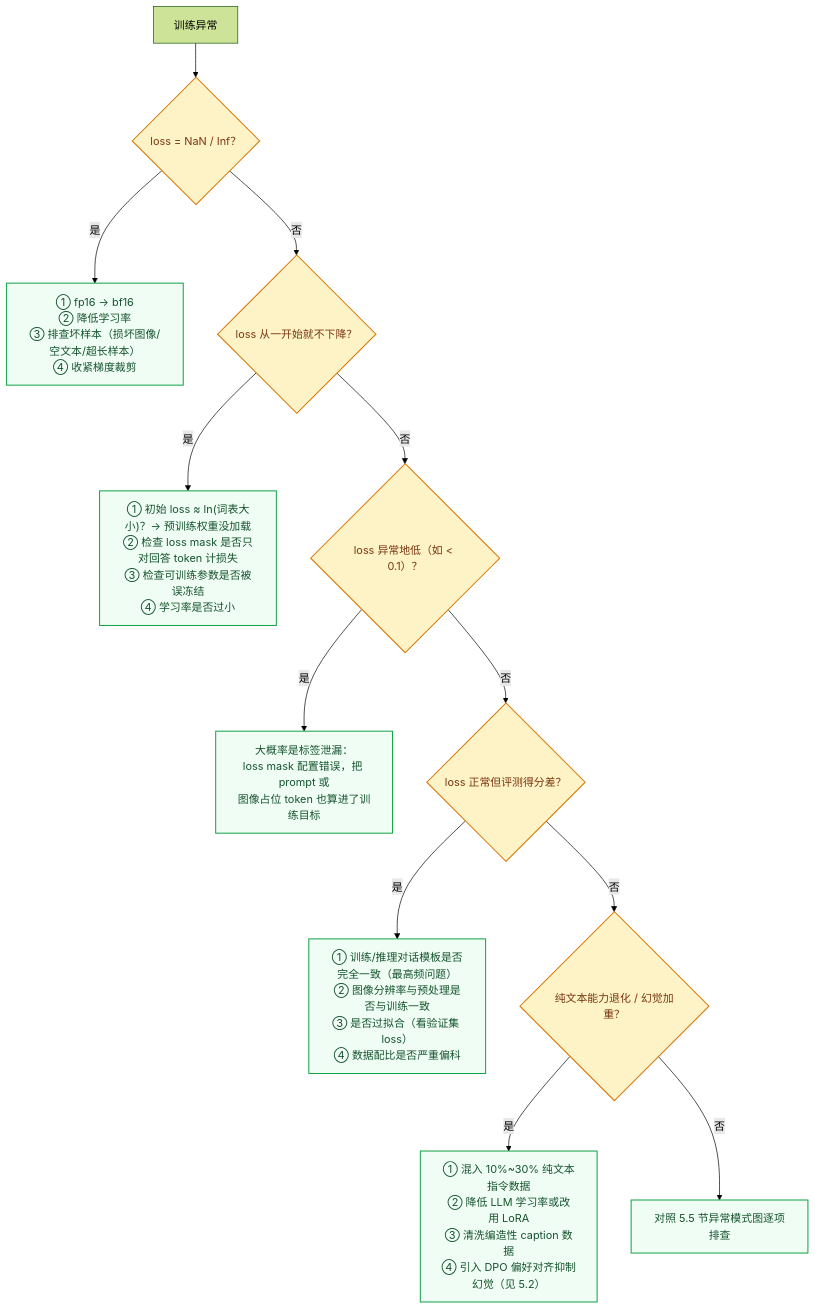
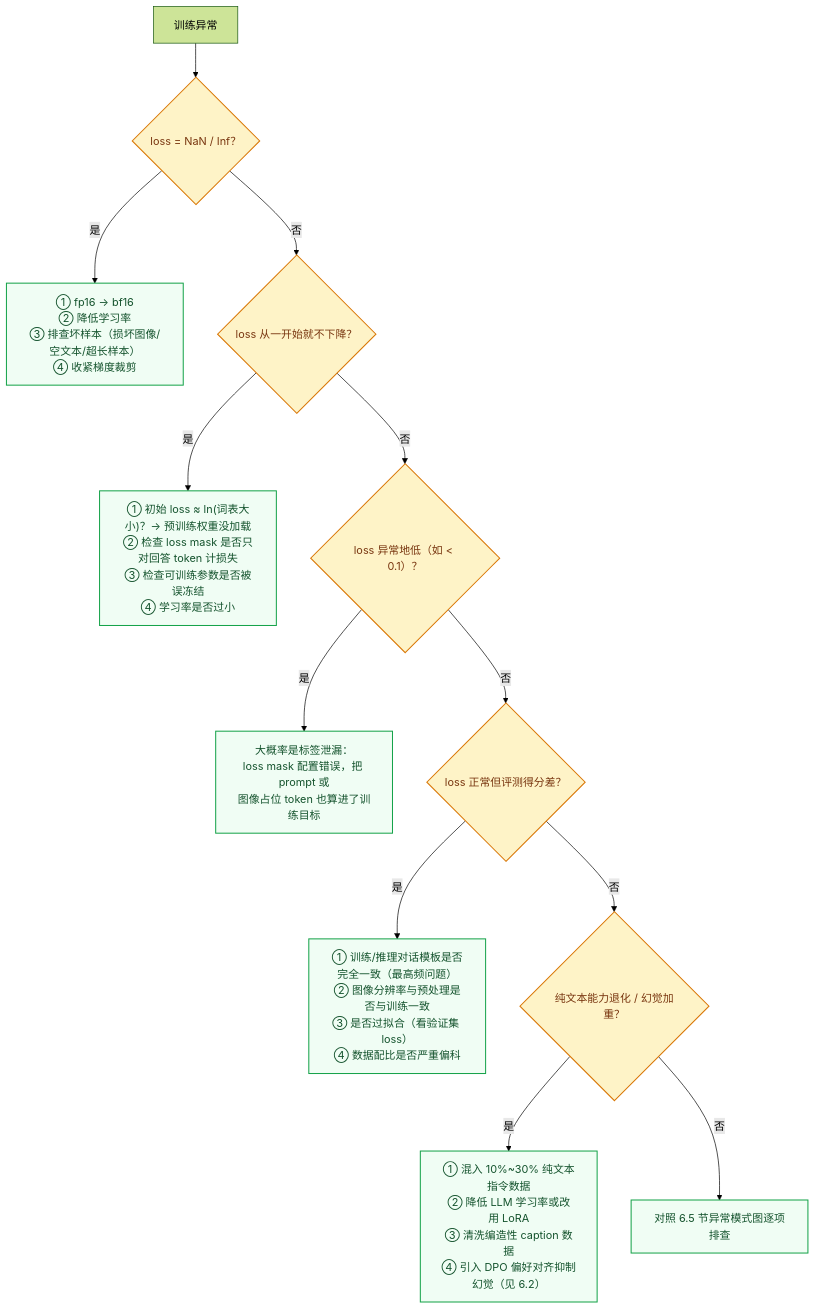
The eighth of 12 diagrams in _posts/2026-03-05-VLM-Survey.md (TingdeLiu/tingdeliu.github.io), drawn with Mermaid (forest theme) before and after one commit. The commit also changed other lines of this file, not shown here.

First line of the commit message:
docs(VLM-Survey): add ch.3 on LLM operating principles; renumber 3-8 → 4-9

````diff
--- a/_posts/2026-03-05-VLM-Survey.md
+++ b/_posts/2026-03-05-VLM-Survey.md
@@ -978,17 +1123,17 @@
 ```mermaid
 flowchart TD
     classDef q fill:#fef3c7,stroke:#d97706,stroke-width:1.5px,color:#78350f;
     classDef fix fill:#f0fdf4,stroke:#16a34a,stroke-width:1.5px,color:#14532d;
 
     A["训练异常"] --> B{"loss = NaN / Inf？"}:::q
     B -->|是| B1["① fp16 → bf16\n② 降低学习率\n③ 排查坏样本（损坏图像/空文本/超长样本）\n④ 收紧梯度裁剪"]:::fix
     B -->|否| C{"loss 从一开始就不下降？"}:::q
     C -->|是| C1["① 初始 loss ≈ ln(词表大小)？→ 预训练权重没加载\n② 检查 loss mask 是否只对回答 token 计损失\n③ 检查可训练参数是否被误冻结\n④ 学习率是否过小"]:::fix
     C -->|否| D{"loss 异常地低（如 < 0.1）？"}:::q
     D -->|是| D1["大概率是标签泄漏：\nloss mask 配置错误，把 prompt 或\n图像占位 token 也算进了训练目标"]:::fix
     D -->|否| E{"loss 正常但评测得分差？"}:::q
     E -->|是| E1["① 训练/推理对话模板是否完全一致（最高频问题）\n② 图像分辨率与预处理是否与训练一致\n③ 是否过拟合（看验证集 loss）\n④ 数据配比是否严重偏科"]:::fix
     E -->|否| F{"纯文本能力退化 / 幻觉加重？"}:::q
-    F -->|是| F1["① 混入 10%~30% 纯文本指令数据\n② 降低 LLM 学习率或改用 LoRA\n③ 清洗编造性 caption 数据\n④ 引入 DPO 偏好对齐抑制幻觉（见 5.2）"]:::fix
-    F -->|否| G["对照 5.5 节异常模式图逐项排查"]:::fix
+    F -->|是| F1["① 混入 10%~30% 纯文本指令数据\n② 降低 LLM 学习率或改用 LoRA\n③ 清洗编造性 caption 数据\n④ 引入 DPO 偏好对齐抑制幻觉（见 6.2）"]:::fix
+    F -->|否| G["对照 6.5 节异常模式图逐项排查"]:::fix
 ```
````
